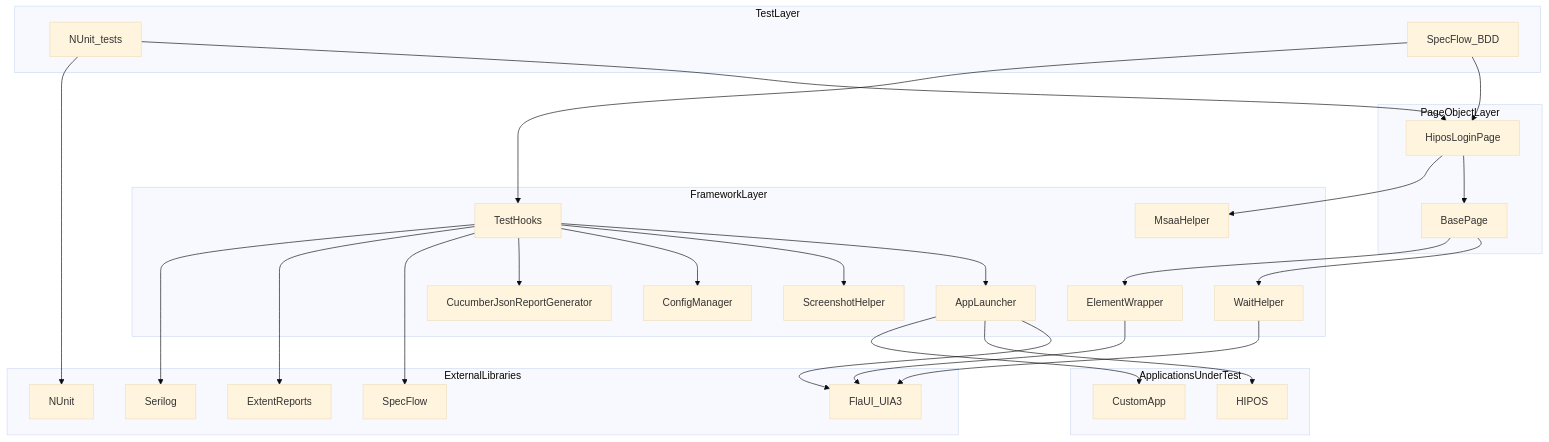
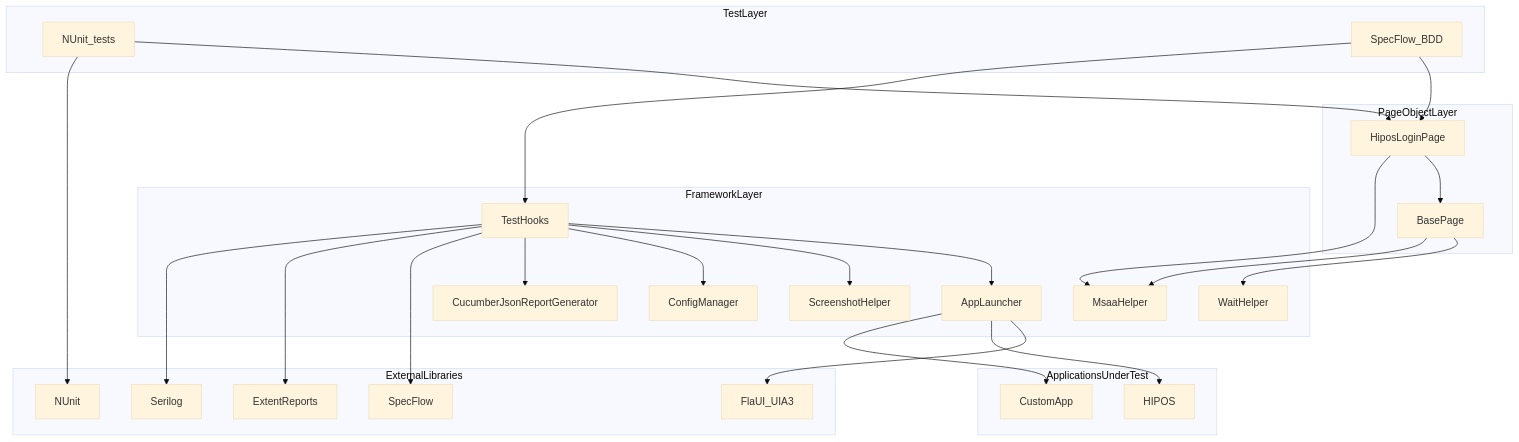
Before and after one commit to Akradeveloper/Hipos: the first of 6 diagrams in website/docs/architecture.md, drawn with Mermaid (base theme). The commit also changed other lines of this file and 9 other files, not shown here.

First line of the commit message:
Refactor element handling in tests to utilize MSAA and remove ElementWrapper

````diff
--- a/website/docs/architecture.md
+++ b/website/docs/architecture.md
@@ -11,57 +11,54 @@
 ```mermaid
 graph TB
     subgraph Tests[TestLayer]
         UT[NUnit_tests]
         BDD[SpecFlow_BDD]
     end
     
     subgraph PageObjects[PageObjectLayer]
         HP[HiposLoginPage]
         BP[BasePage]
     end
     
     subgraph Framework[FrameworkLayer]
         AL[AppLauncher]
         TH[TestHooks]
         WH[WaitHelper]
-        EW[ElementWrapper]
         SH[ScreenshotHelper]
         CM[ConfigManager]
         MH[MsaaHelper]
         CJ[CucumberJsonReportGenerator]
     end
     
     subgraph External[ExternalLibraries]
         FlaUI[FlaUI_UIA3]
         NUnit[NUnit]
         SpecFlow[SpecFlow]
         ExtentReports[ExtentReports]
         Serilog[Serilog]
     end
     
     subgraph AUT[ApplicationsUnderTest]
         HiposApp[HIPOS]
         CustomApp[CustomApp]
     end
     
     UT --> HP
     BDD --> HP
     HP --> BP
     BP --> WH
-    BP --> EW
+    BP --> MH
     BDD --> TH
     TH --> AL
     TH --> SH
     TH --> CM
     TH --> CJ
     HP --> MH
     AL --> FlaUI
-    WH --> FlaUI
-    EW --> FlaUI
     TH --> SpecFlow
     TH --> ExtentReports
     TH --> Serilog
     UT --> NUnit
     AL --> HiposApp
     AL --> CustomApp
 ```
````
